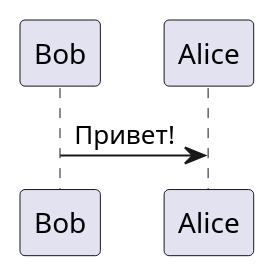
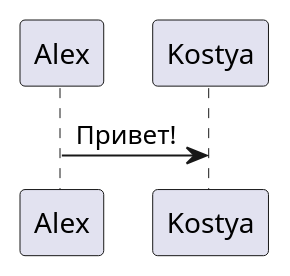
The diagram in Practice №0.wsd (Faolan2077/TMP), drawn with PlantUML before and after one commit.

Commit message:
Update Practice №0.wsd

```diff
--- a/Practice №0.wsd
+++ b/Practice №0.wsd
@@ -1,3 +1,3 @@
-@startuml Practice_№1_BISO-02-21_Paromov_Y.A.
-Bob -> Alice : Привет!
+@startuml Practice_№1_BISO-02-21_Shkurov_K.A.
+Alex -> Kostya : Привет!
 @enduml
```
